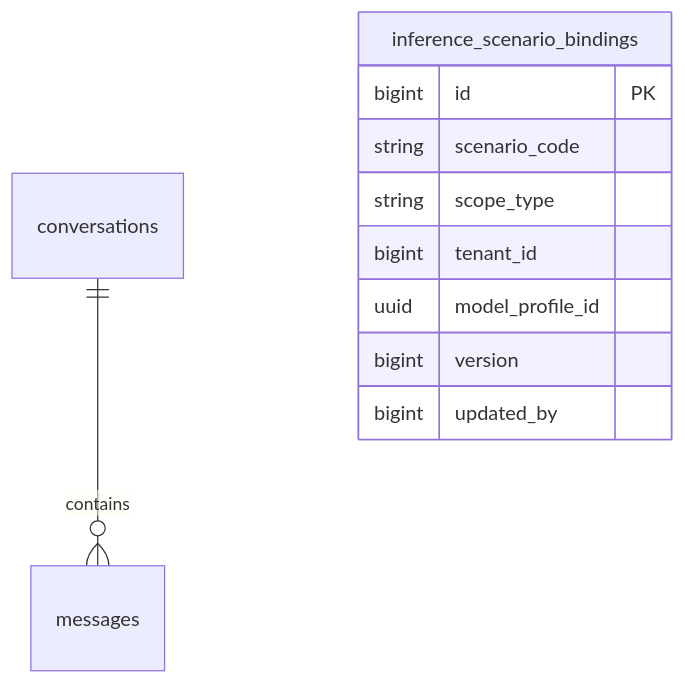
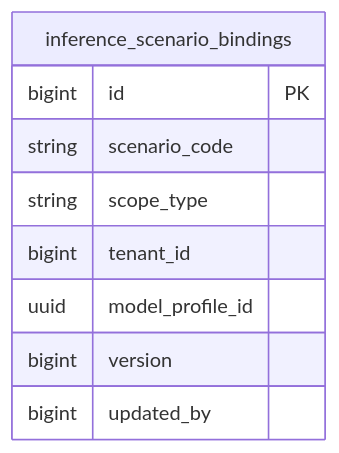
One commit to pampa0629/addp changed the diagram in copilot/docs/数据库架构.md. Above: the diagram before and after it, drawn with Mermaid. The commit also changed other lines of this file and 665 other files, not shown here.

````diff
--- a/copilot/docs/数据库架构.md
+++ b/copilot/docs/数据库架构.md
@@ -13,13 +11,12 @@
 ```mermaid
 erDiagram
-    conversations ||--o{ messages : contains
     inference_scenario_bindings {
         bigint id PK
         string scenario_code
         string scope_type
         bigint tenant_id
         uuid model_profile_id
         bigint version
         bigint updated_by
     }
 ```
````
